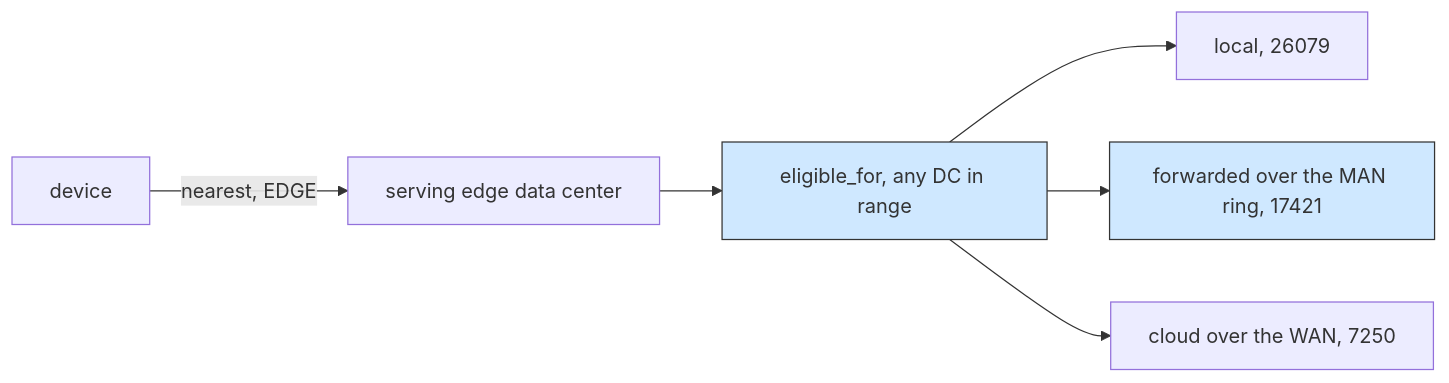
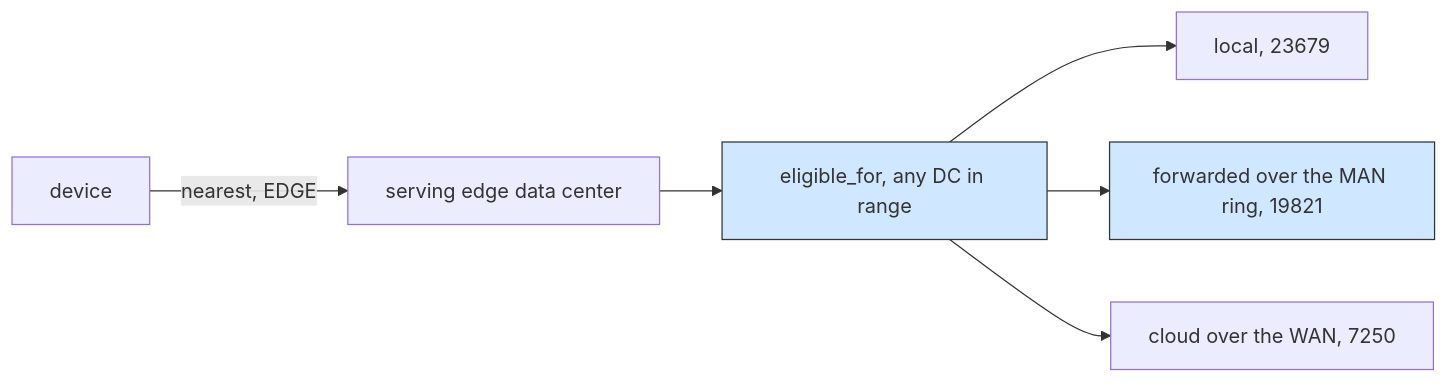
Before and after one commit to CharafeddineMechalikh/PureEdgeSim_Python: the diagram in examples/edge_cooperation/README.md, drawn with Mermaid. The commit also changed other lines of this file and 24 other files, not shown here.

````diff
--- a/examples/edge_cooperation/README.md
+++ b/examples/edge_cooperation/README.md
@@ -20,10 +20,10 @@
 ```mermaid
 flowchart LR
     dev["device"] -->|"nearest, EDGE"| sdc["serving edge data center"]
     sdc --> elig["eligible_for, any DC in range"]
-    elig --> local["local, 26079"]
-    elig --> ring["forwarded over the MAN ring, 17421"]
+    elig --> local["local, 23679"]
+    elig --> ring["forwarded over the MAN ring, 19821"]
     elig --> cloud["cloud over the WAN, 7250"]
     classDef coop fill:#cfe8ff,stroke:#333;
     class elig,ring coop;
 ```
````
